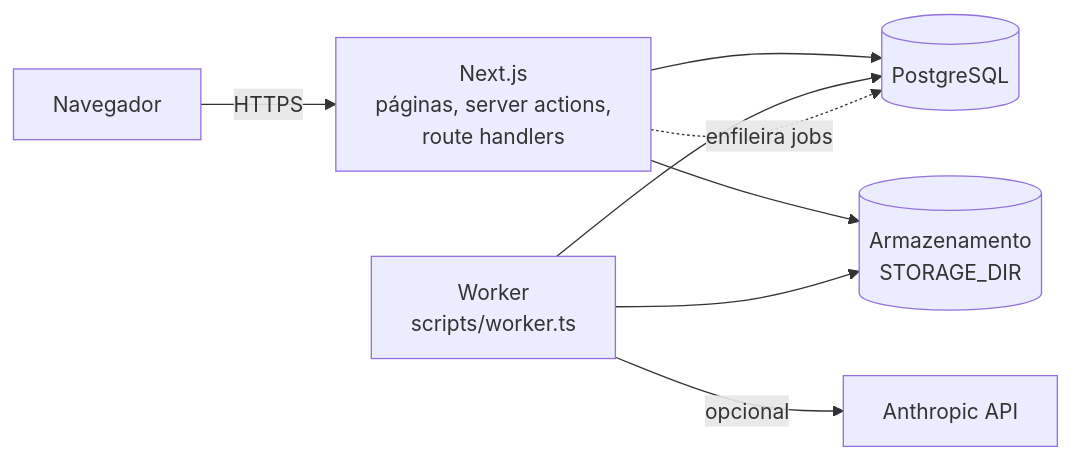
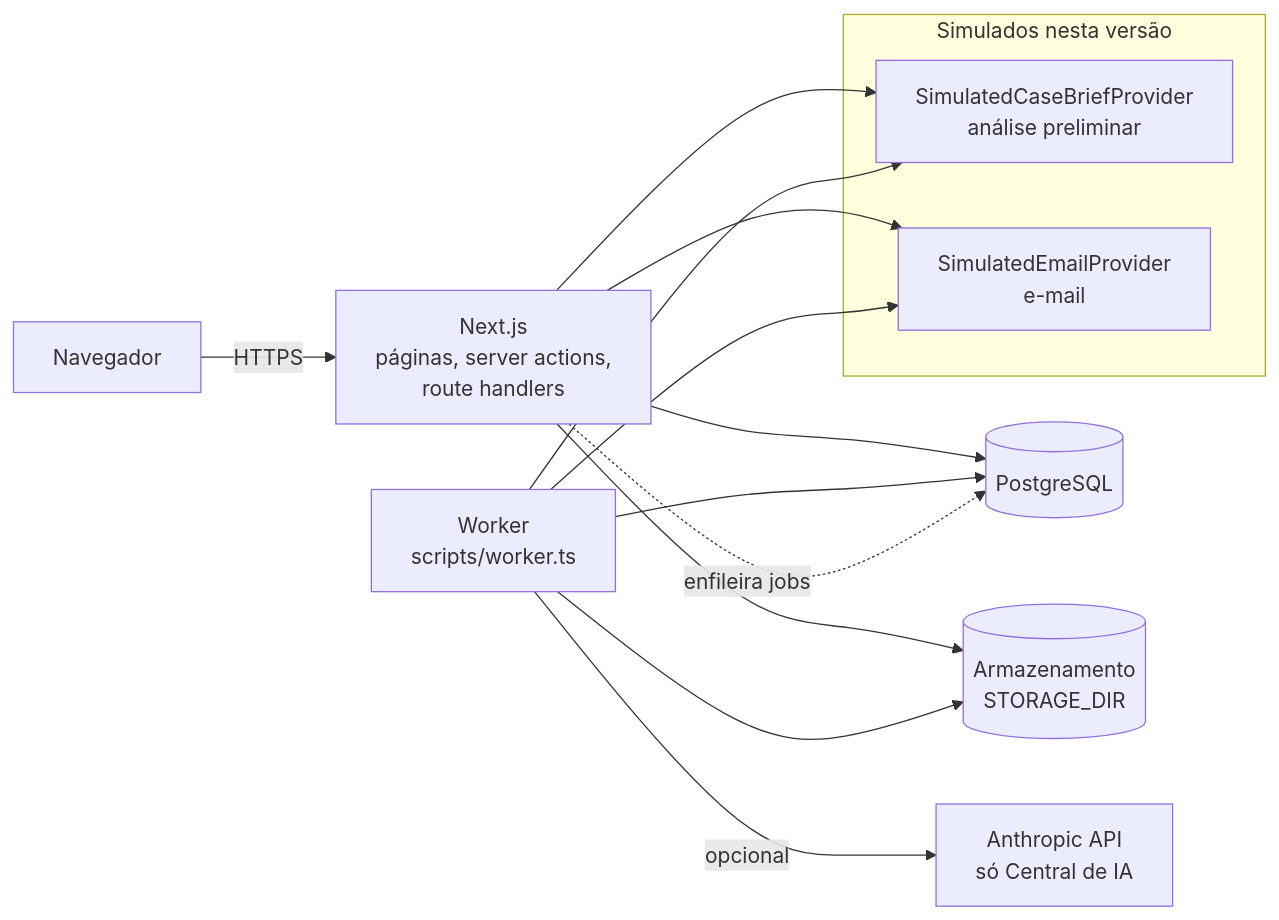
The first of 4 diagrams in docs/ARCHITECTURE.md (arthuralvesxavier/praetor), drawn with Mermaid before and after one commit. The commit also changed other lines of this file and 594 other files, not shown here.

````diff
--- a/docs/ARCHITECTURE.md
+++ b/docs/ARCHITECTURE.md
@@ -5,10 +5,18 @@
 ```mermaid
 flowchart LR
   B[Navegador] -->|HTTPS| W[Next.js<br/>páginas, server actions,<br/>route handlers]
   W --> DB[(PostgreSQL)]
   W --> FS[(Armazenamento<br/>STORAGE_DIR)]
   WK[Worker<br/>scripts/worker.ts] --> DB
   WK --> FS
-  WK -->|opcional| AI[Anthropic API]
+  WK -->|opcional| AI[Anthropic API<br/>só Central de IA]
   W -. enfileira jobs .-> DB
+  subgraph Simulados nesta versão
+    CB[SimulatedCaseBriefProvider<br/>análise preliminar]
+    EM[SimulatedEmailProvider<br/>e-mail]
+  end
+  W --> CB
+  WK --> CB
+  W --> EM
+  WK --> EM
 ```
````
